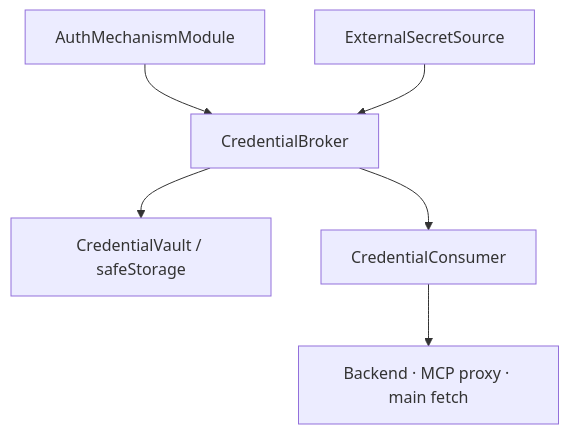
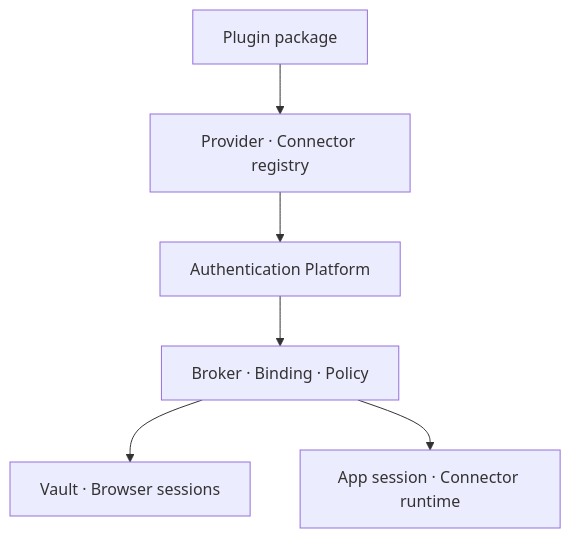
Before and after one commit to muzaby/orca-skin: the diagram in docs/etc/study/orca/auth-broker-adoption-report-ko.md, drawn with Mermaid. The commit also changed other lines of this file, not shown here.

First line of the commit message:
docs(auth): 인증 플랫폼 도입 보고서 개정

````diff
--- a/docs/etc/study/orca/auth-broker-adoption-report-ko.md
+++ b/docs/etc/study/orca/auth-broker-adoption-report-ko.md
@@ -75,8 +62,8 @@
 ```mermaid
 flowchart TD
-  Module["AuthMechanismModule"] --> Broker["CredentialBroker"]
-  Source["ExternalSecretSource"] --> Broker
-  Broker --> Vault["CredentialVault / safeStorage"]
-  Broker --> Consumer["CredentialConsumer"]
-  Consumer --> Target["Backend · MCP proxy · main fetch"]
+  Package["Plugin package"] --> Registry["Provider · Connector registry"]
+  Registry --> Platform["Authentication Platform"]
+  Platform --> Broker["Broker · Binding · Policy"]
+  Broker --> Vault["Vault · Browser sessions"]
+  Broker --> Runtime["App session · Connector runtime"]
 ```
````
